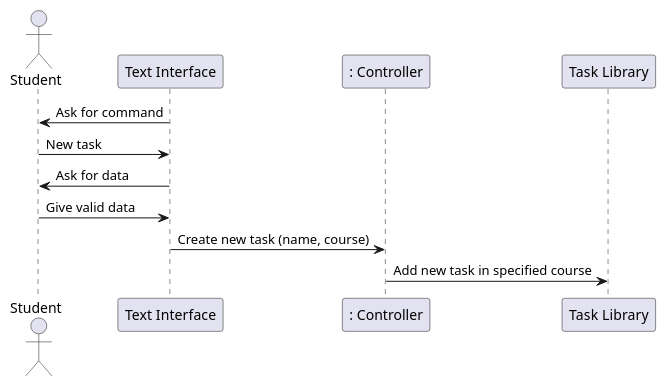
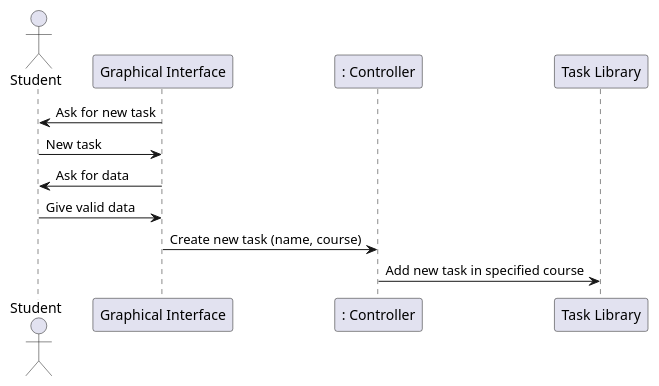
Before and after one commit to oolumuyiwa/planner: the second of 4 diagrams in intellij/doc/design.md, drawn with PlantUML. The commit also changed other lines of this file, not shown here.

Commit message:
design class diagram updated for iteration 2

````diff
--- a/intellij/doc/design.md
+++ b/intellij/doc/design.md
@@ -56,14 +56,14 @@
 ```plantuml
 @startuml
 actor Student as student
-participant "Text Interface" as textInterface
+participant "Graphical Interface" as graphicalInterface
 participant ": Controller" as controller
 participant "Task Library" as taskLibrary
-textInterface -> student: Ask for command 
-student -> textInterface: New task
-textInterface -> student : Ask for data
-student -> textInterface: Give valid data
-textInterface -> controller: Create new task (name, course)
+graphicalInterface -> student: Ask for new task
+student -> graphicalInterface: New task
+graphicalInterface -> student : Ask for data
+student -> graphicalInterface: Give valid data
+graphicalInterface -> controller: Create new task (name, course)
 controller -> taskLibrary: Add new task in specified course
 @enduml
 ```
````
